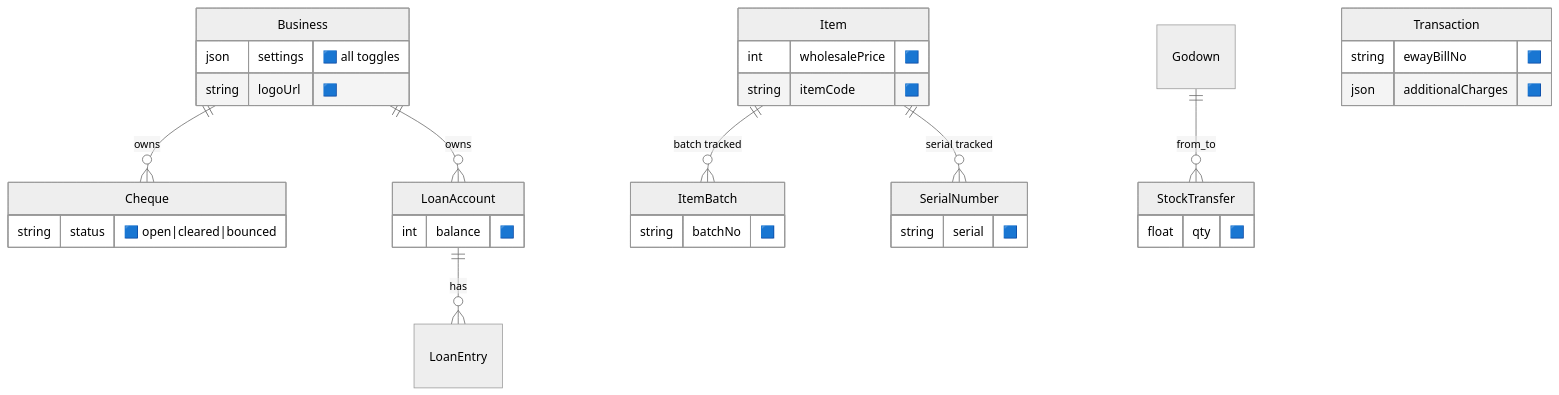
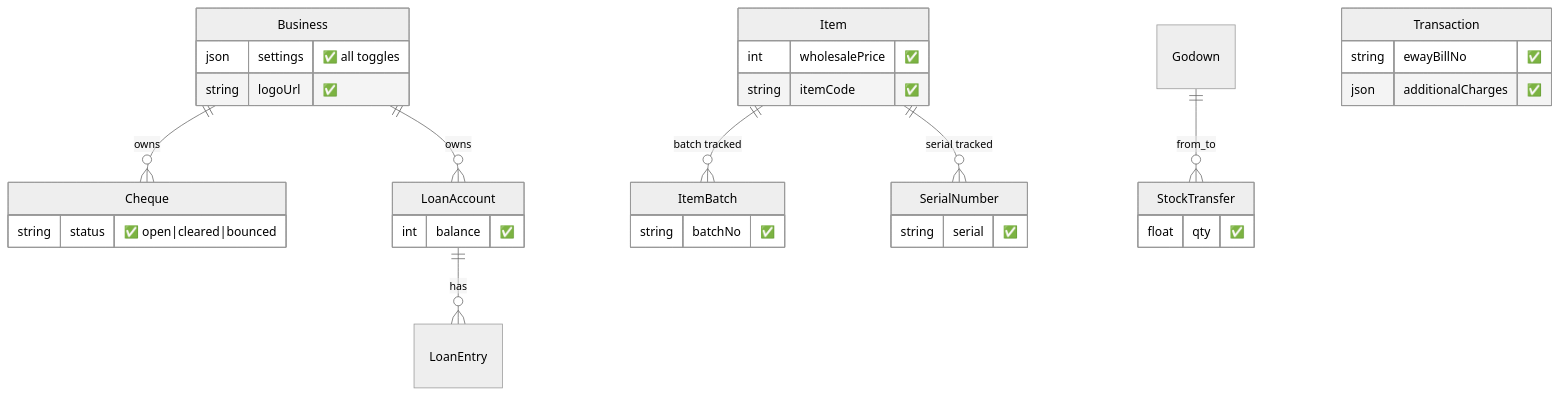
Before and after one commit to unicord26/invoxia: the second of 2 diagrams in docs/architecture/00-overview/data-model-erd.md, drawn with Mermaid (neutral theme). The commit also changed other lines of this file and 7 other files, not shown here.

First line of the commit message:
docs: refresh architecture docs for M1 completion and Phase 12 offline sync

````diff
--- a/docs/architecture/00-overview/data-model-erd.md
+++ b/docs/architecture/00-overview/data-model-erd.md
@@ -42,20 +42,20 @@
 ```mermaid
 erDiagram
   Business ||--o{ Cheque : owns
   Business ||--o{ LoanAccount : owns
   LoanAccount ||--o{ LoanEntry : has
   Item ||--o{ ItemBatch : "batch tracked"
   Item ||--o{ SerialNumber : "serial tracked"
   Godown ||--o{ StockTransfer : from_to
-  Business { json settings "🟦 all toggles" }
-  Business { string logoUrl "🟦" }
-  Item { int wholesalePrice "🟦" }
-  Item { string itemCode "🟦" }
-  Transaction { string ewayBillNo "🟦" }
-  Transaction { json additionalCharges "🟦" }
-  Cheque { string status "🟦 open|cleared|bounced" }
-  LoanAccount { int balance "🟦" }
-  ItemBatch { string batchNo "🟦" }
-  SerialNumber { string serial "🟦" }
-  StockTransfer { float qty "🟦" }
+  Business { json settings "✅ all toggles" }
+  Business { string logoUrl "✅" }
+  Item { int wholesalePrice "✅" }
+  Item { string itemCode "✅" }
+  Transaction { string ewayBillNo "✅" }
+  Transaction { json additionalCharges "✅" }
+  Cheque { string status "✅ open|cleared|bounced" }
+  LoanAccount { int balance "✅" }
+  ItemBatch { string batchNo "✅" }
+  SerialNumber { string serial "✅" }
+  StockTransfer { float qty "✅" }
 ```
````
